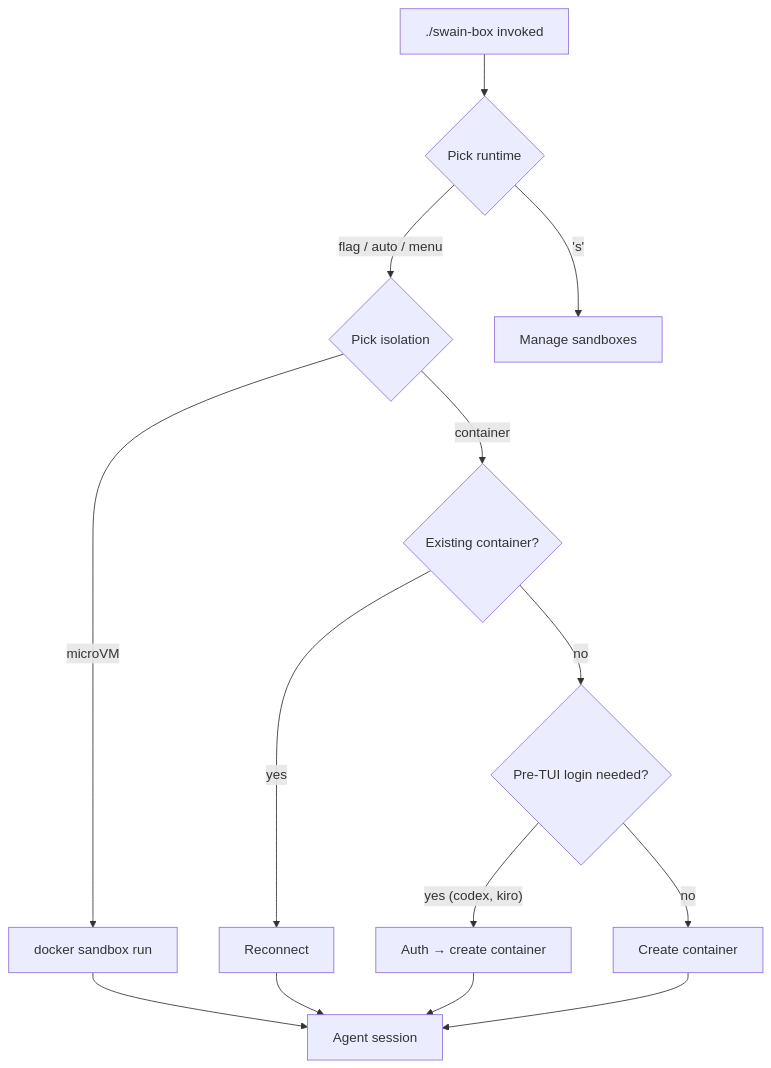
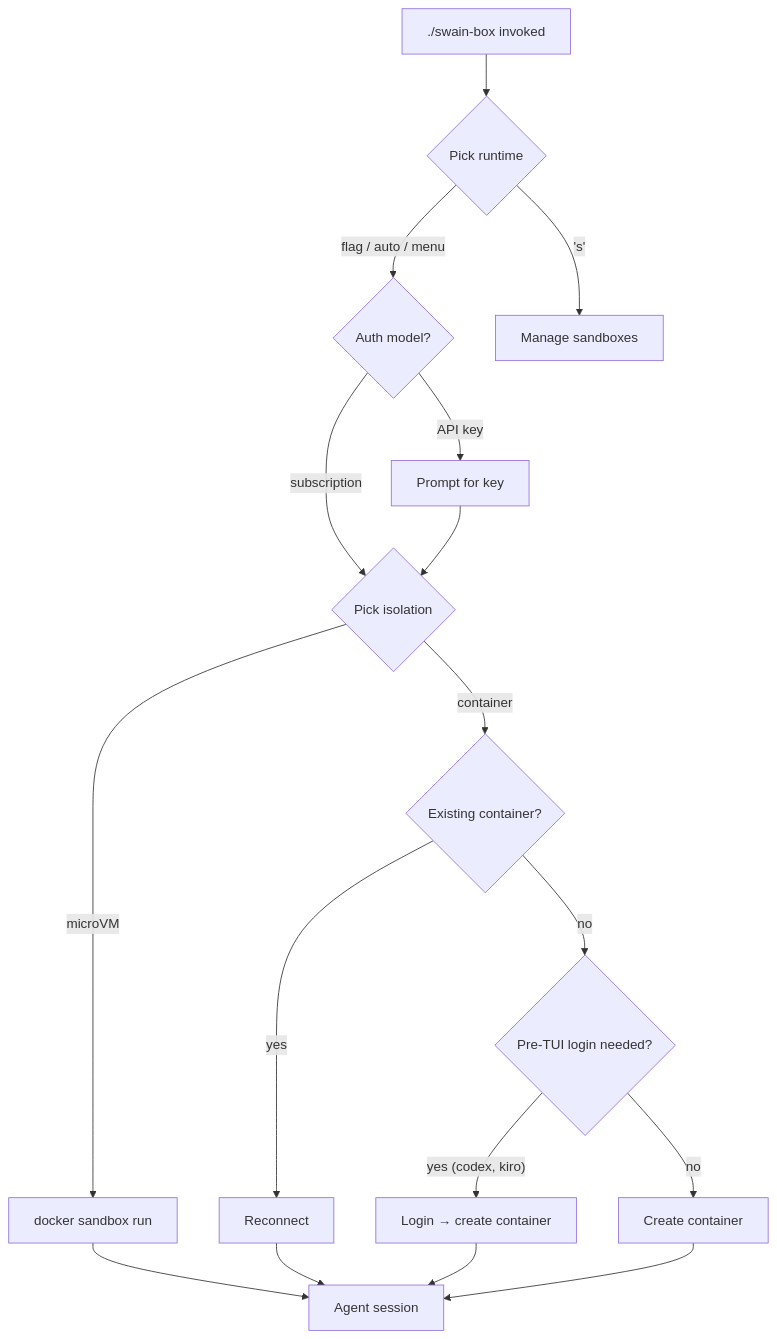
Before and after one commit to cristoslc/swain: the diagram in docs/design/Active/(DESIGN-005)-swain-box-Launcher-UX/(DESIGN-005)-swain-box-Launcher-UX.md, drawn with Mermaid. The commit also changed 7 other files, not shown here.

First line of the commit message:
docs(design): supersede DESIGN-002, refine design flowcharts, and add swain-box auth-done marker

````diff
--- a/docs/design/Active/(DESIGN-005)-swain-box-Launcher-UX/(DESIGN-005)-swain-box-Launcher-UX.md
+++ b/docs/design/Active/(DESIGN-005)-swain-box-Launcher-UX/(DESIGN-005)-swain-box-Launcher-UX.md
@@ -27,16 +27,18 @@
 ```mermaid
 flowchart TD
     invoke["./swain-box invoked"] --> pick_runtime{"Pick runtime"}
-    pick_runtime -->|"flag / auto / menu"| pick_isolation{"Pick isolation"}
+    pick_runtime -->|"flag / auto / menu"| pick_auth{"Auth model?"}
     pick_runtime -->|"'s'"| sandbox_mgmt["Manage sandboxes"]
+    pick_auth -->|"subscription"| pick_isolation{"Pick isolation"}
+    pick_auth -->|"API key"| prompt_key["Prompt for key"] --> pick_isolation
     pick_isolation -->|"microVM"| start_microvm["docker sandbox run"]
     pick_isolation -->|"container"| check_existing{"Existing container?"}
     check_existing -->|"yes"| reconnect["Reconnect"]
     check_existing -->|"no"| needs_login{"Pre-TUI login needed?"}
-    needs_login -->|"yes (codex, kiro)"| auth_then_create["Auth → create container"]
+    needs_login -->|"yes (codex, kiro)"| auth_then_create["Login → create container"]
     needs_login -->|"no"| create["Create container"]
     start_microvm --> session["Agent session"]
     reconnect --> session
     auth_then_create --> session
     create --> session
 ```
````
